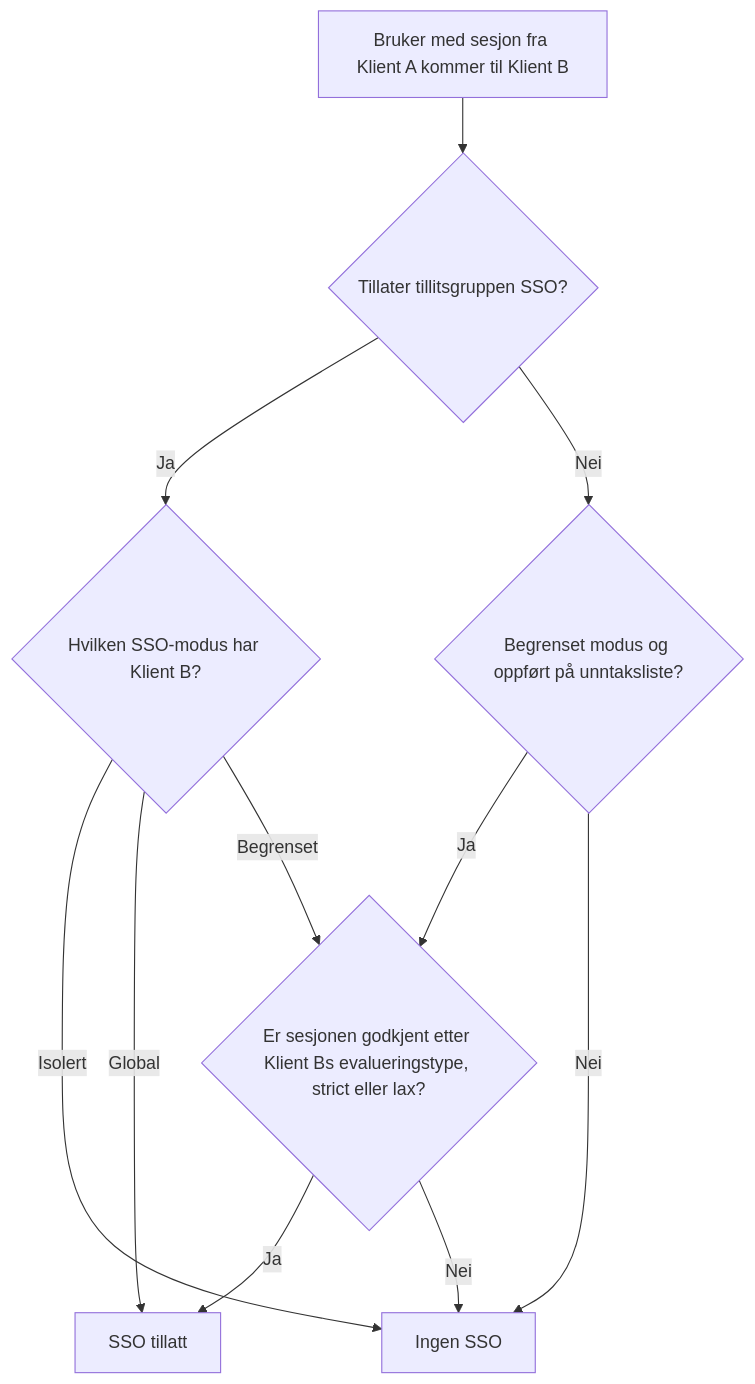
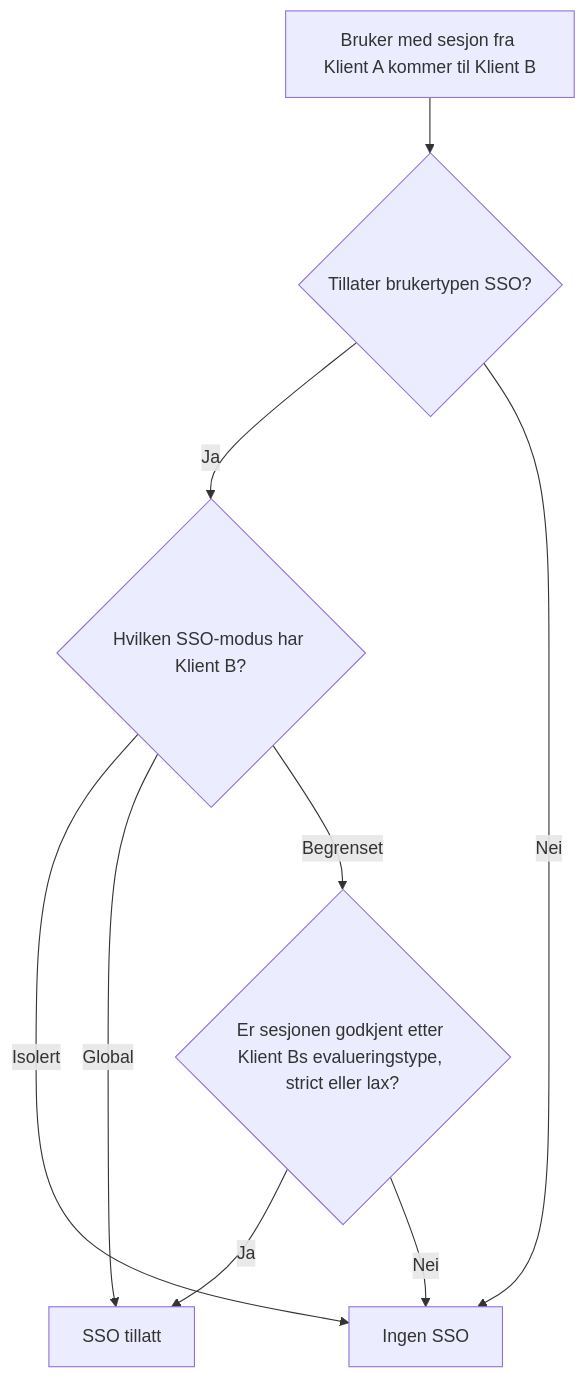
One commit to felleslosninger/docs changed the diagram in _docs/idporten/oidc/oidc_sso_grupper.md. Above: the diagram before and after it, drawn with Mermaid. The commit also changed other lines of this file and 4 other files, not shown here.

First line of the commit message:
forslag til løysing for SSO-grupper i ID-porten (#696)

```diff
--- a/_docs/idporten/oidc/oidc_sso_grupper.md
+++ b/_docs/idporten/oidc/oidc_sso_grupper.md
@@ -135,13 +70,11 @@
 <div class="mermaid">
 graph TD
-    A[Bruker med sesjon fra Klient A kommer til Klient B] --> B{Tillater tillitsgruppen SSO?}
+    A[Bruker med sesjon fra Klient A kommer til Klient B] --> B{Tillater brukertypen SSO?}
     B -- Ja --> C{Hvilken SSO-modus har Klient B?}
     C -- Isolert --> X[Ingen SSO]
     C -- Global --> D[SSO tillatt]
     C -- Begrenset --> E{Er sesjonen godkjent etter Klient Bs evalueringstype, strict eller lax?}
     E -- Ja --> D
     E -- Nei --> X
-    B -- Nei --> F{Begrenset modus og oppført på unntaksliste?}
-    F -- Ja --> E
-    F -- Nei --> X
+    B -- Nei --> X
 </div>
```
